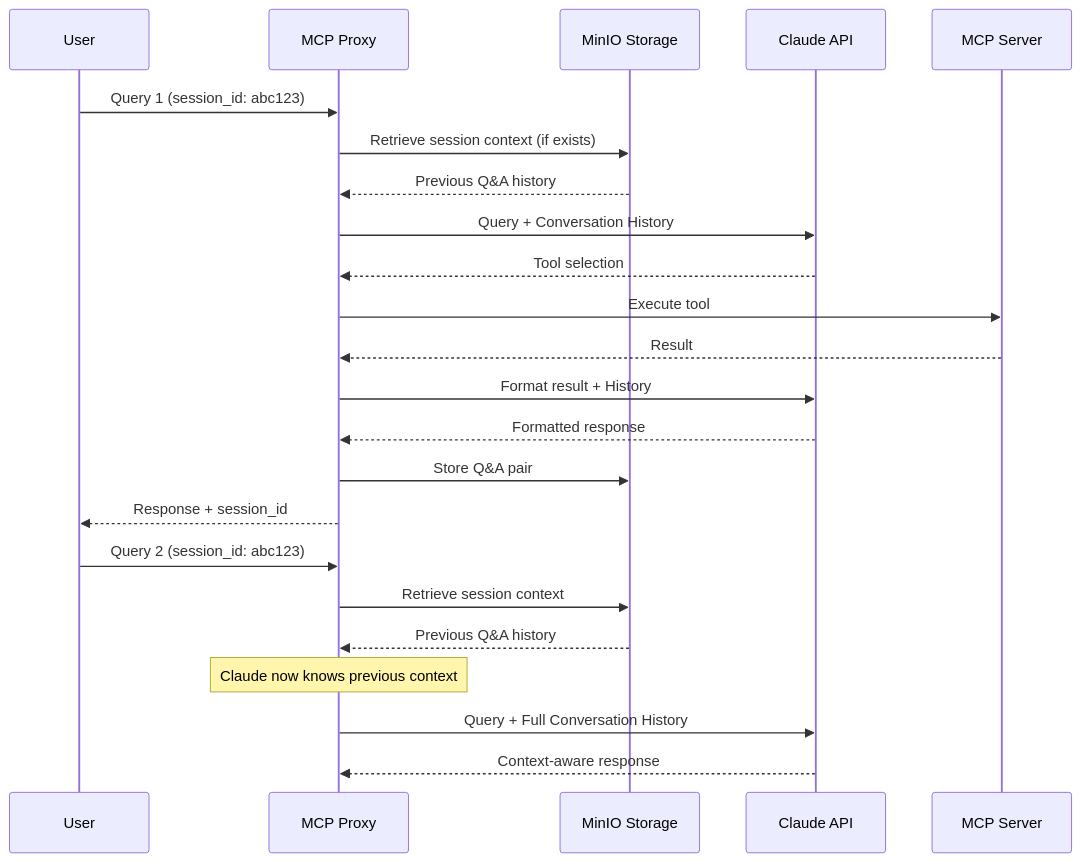
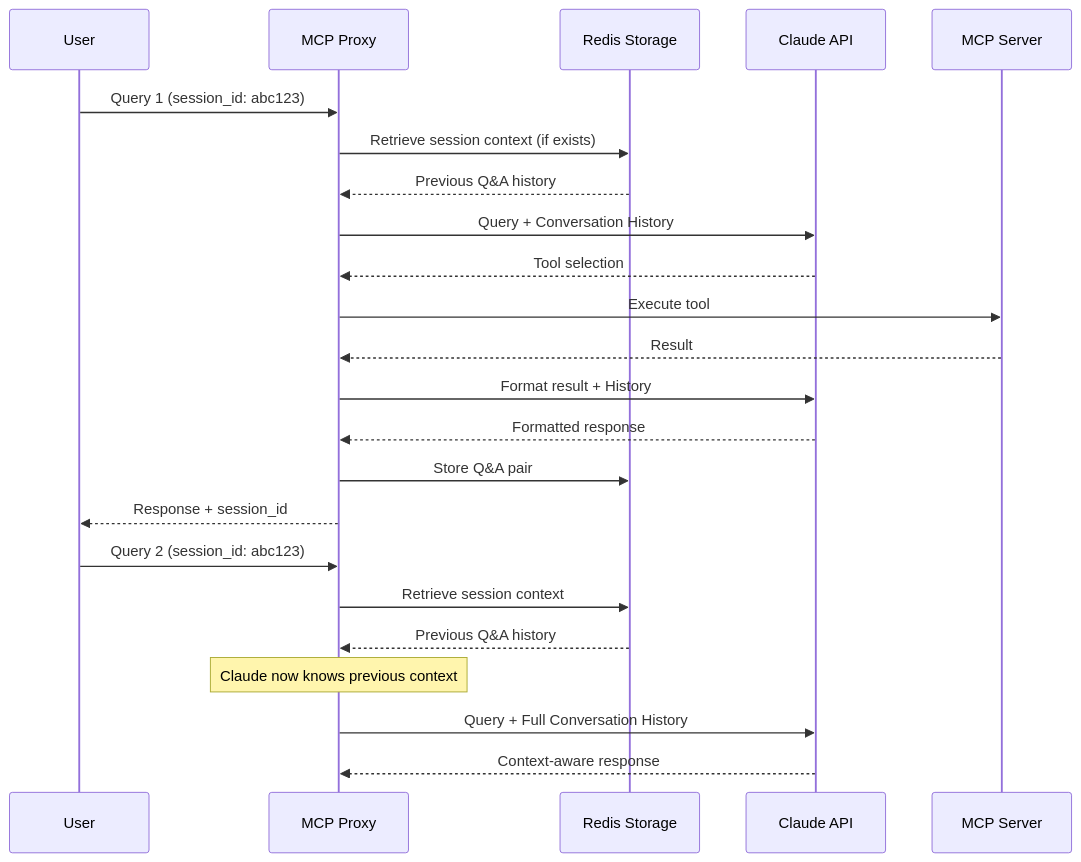
The diagram in docs/context_retention_system.md (hirosh7/sde-mcp), drawn with Mermaid before and after one commit. The commit also changed other lines of this file and 15 other files, not shown here.

First line of the commit message:
Implement Redis-based context retention system

````diff
--- a/docs/context_retention_system.md
+++ b/docs/context_retention_system.md
@@ -16,27 +16,27 @@
 ```mermaid
 sequenceDiagram
     participant User
     participant Proxy as MCP Proxy
-    participant MinIO as MinIO Storage
+    participant Redis as Redis Storage
     participant Claude as Claude API
     participant MCP as MCP Server
 
     User->>Proxy: Query 1 (session_id: abc123)
-    Proxy->>MinIO: Retrieve session context (if exists)
-    MinIO-->>Proxy: Previous Q&A history
+    Proxy->>Redis: Retrieve session context (if exists)
+    Redis-->>Proxy: Previous Q&A history
     Proxy->>Claude: Query + Conversation History
     Claude-->>Proxy: Tool selection
     Proxy->>MCP: Execute tool
     MCP-->>Proxy: Result
     Proxy->>Claude: Format result + History
     Claude-->>Proxy: Formatted response
-    Proxy->>MinIO: Store Q&A pair
+    Proxy->>Redis: Store Q&A pair
     Proxy-->>User: Response + session_id
 
     User->>Proxy: Query 2 (session_id: abc123)
-    Proxy->>MinIO: Retrieve session context
-    MinIO-->>Proxy: Previous Q&A history
+    Proxy->>Redis: Retrieve session context
+    Redis-->>Proxy: Previous Q&A history
     Note over Proxy: Claude now knows previous context
     Proxy->>Claude: Query + Full Conversation History
     Claude-->>Proxy: Context-aware response
 ```
````
